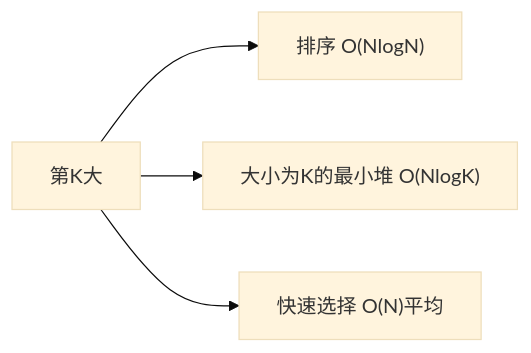
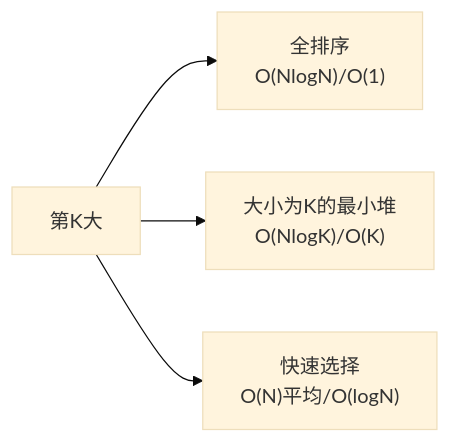
One commit to chongyang211/YCBookBlog changed the diagram in docs/09.算法/12.堆算法题/086.数组中的第K个最大元素.md. Above: the diagram before and after it, drawn with Mermaid (base theme). The commit also changed other lines of this file and 6 other files, not shown here.

````diff
--- a/docs/09.算法/12.堆算法题/086.数组中的第K个最大元素.md
+++ b/docs/09.算法/12.堆算法题/086.数组中的第K个最大元素.md
@@ -21,6 +35,6 @@
 ```mermaid
 flowchart LR
-    A["第K大"] --> B["排序 O(NlogN)"]
-    A --> C["大小为K的最小堆 O(NlogK)"]
-    A --> D["快速选择 O(N)平均"]
+    A["第K大"] --> B["全排序<br/>O(NlogN)/O(1)"]
+    A --> C["大小为K的最小堆<br/>O(NlogK)/O(K)"]
+    A --> D["快速选择<br/>O(N)平均/O(logN)"]
 ```
````
